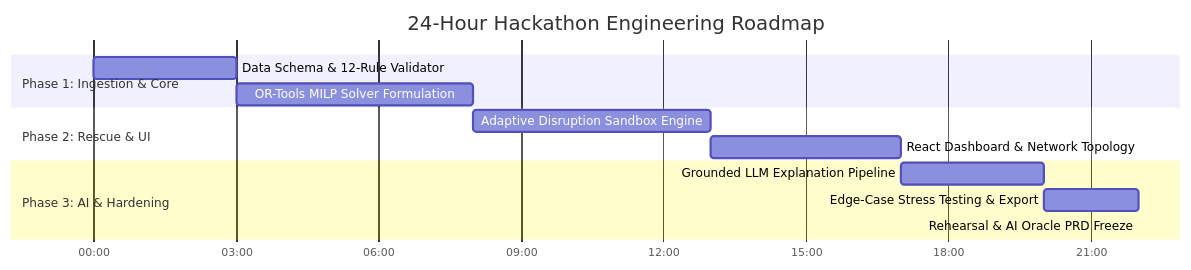
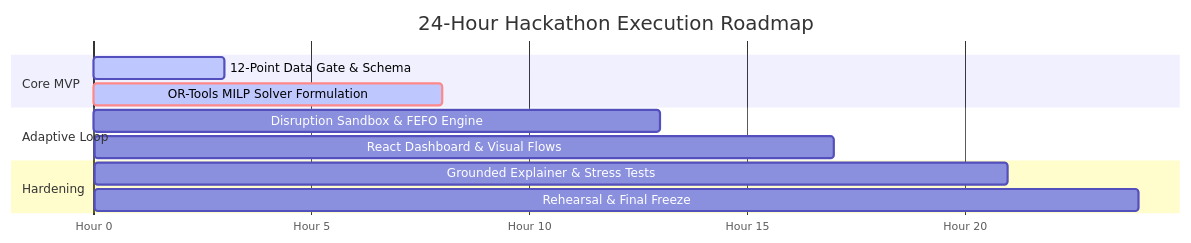
One commit to Samarthkumbhar99/SGU changed the fourth of 4 diagrams in InnovateX/README.md. Above: the diagram before and after it, drawn with Mermaid. The commit also changed other lines of this file, not shown here.

Commit message:
Condense PRD into compact high-impact format

````diff
--- a/InnovateX/README.md
+++ b/InnovateX/README.md
@@ -513,16 +219,15 @@
 ```mermaid
 gantt
-    title 24-Hour Hackathon Engineering Roadmap
-    dateFormat HH:mm
-    axisFormat %H:%M
-    section Phase 1: Ingestion & Core
-    Data Schema & 12-Rule Validator   :00:00, 03:00
-    OR-Tools MILP Solver Formulation  :03:00, 08:00
-    section Phase 2: Rescue & UI
-    Adaptive Disruption Sandbox Engine:08:00, 13:00
-    React Dashboard & Network Topology:13:00, 17:00
-    section Phase 3: AI & Hardening
-    Grounded LLM Explanation Pipeline:17:00, 20:00
-    Edge-Case Stress Testing & Export :20:00, 22:00
-    Rehearsal & AI Oracle PRD Freeze  :22:00, 24:00
+    title 24-Hour Hackathon Execution Roadmap
+    dateFormat X
+    axisFormat Hour %s
+    section Core MVP
+    12-Point Data Gate & Schema        :active, 0, 3
+    OR-Tools MILP Solver Formulation   :crit, active, 3, 8
+    section Adaptive Loop
+    Disruption Sandbox & FEFO Engine   :8, 13
+    React Dashboard & Visual Flows     :13, 17
+    section Hardening
+    Grounded Explainer & Stress Tests  :17, 21
+    Rehearsal & Final Freeze           :21, 24
 ```
````
